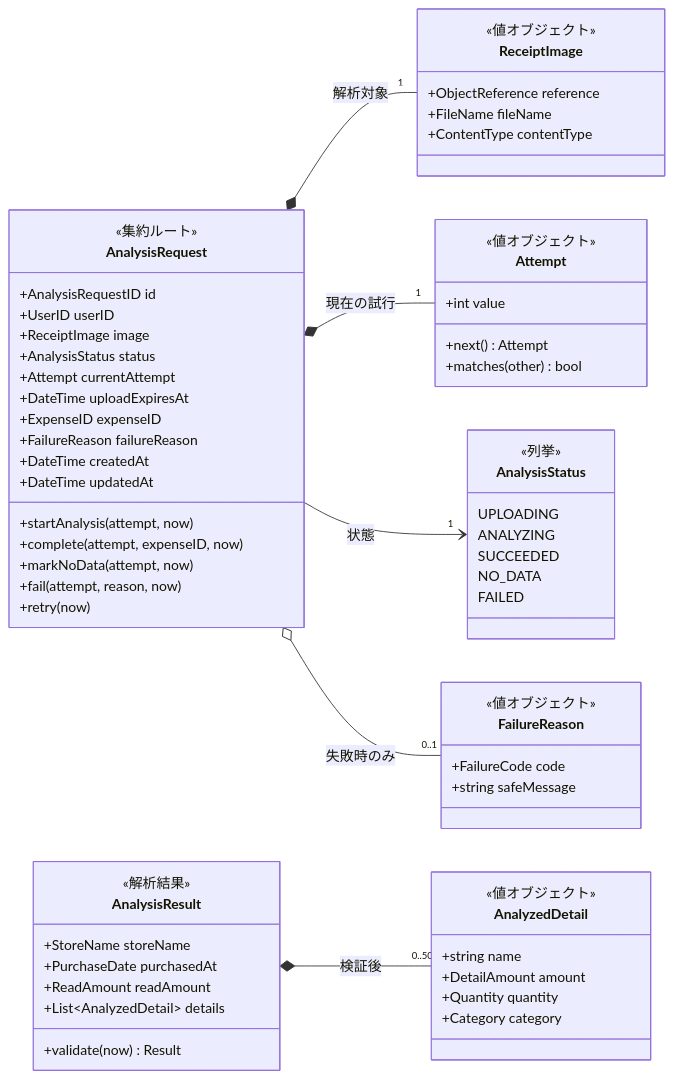
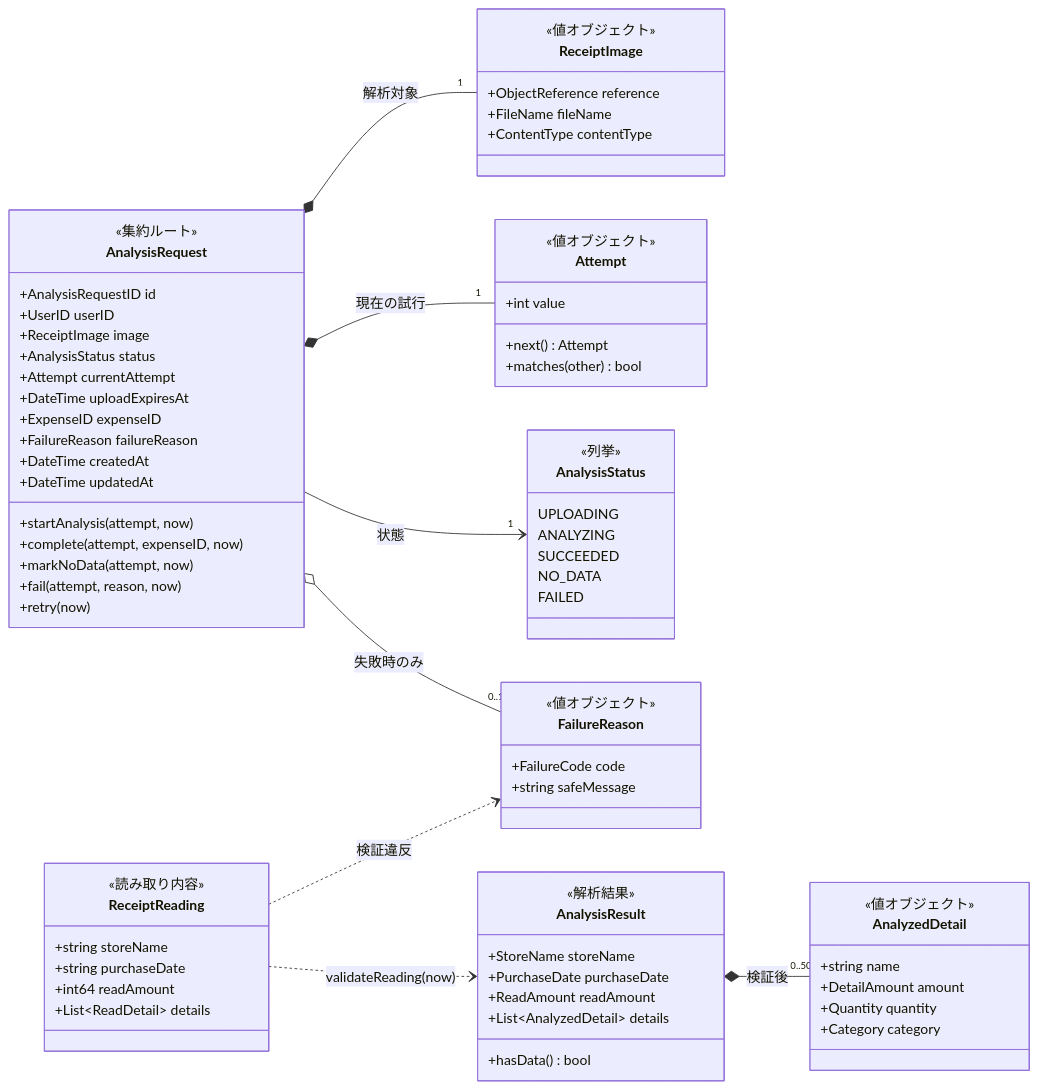
The second of 4 diagrams in docs/ddd/domain-model-diagram.md (shrimptails-f/snap_kakeibo), drawn with Mermaid before and after one commit. The commit also changed other lines of this file and 161 other files, not shown here.

````diff
--- a/docs/ddd/domain-model-diagram.md
+++ b/docs/ddd/domain-model-diagram.md
@@ -77,13 +77,21 @@
         +string safeMessage
     }
 
+    class ReceiptReading {
+        <<読み取り内容>>
+        +string storeName
+        +string purchaseDate
+        +int64 readAmount
+        +List~ReadDetail~ details
+    }
+
     class AnalysisResult {
         <<解析結果>>
         +StoreName storeName
-        +PurchaseDate purchasedAt
+        +PurchaseDate purchaseDate
         +ReadAmount readAmount
         +List~AnalyzedDetail~ details
-        +validate(now) Result
+        +hasData() bool
     }
 
     class AnalyzedDetail {
@@ -98,5 +106,7 @@
     AnalysisRequest *-- "1" Attempt : 現在の試行
     AnalysisRequest --> "1" AnalysisStatus : 状態
     AnalysisRequest o-- "0..1" FailureReason : 失敗時のみ
+    ReceiptReading ..> AnalysisResult : validateReading(now)
+    ReceiptReading ..> FailureReason : 検証違反
     AnalysisResult *-- "0..50" AnalyzedDetail : 検証後
 ```
````
